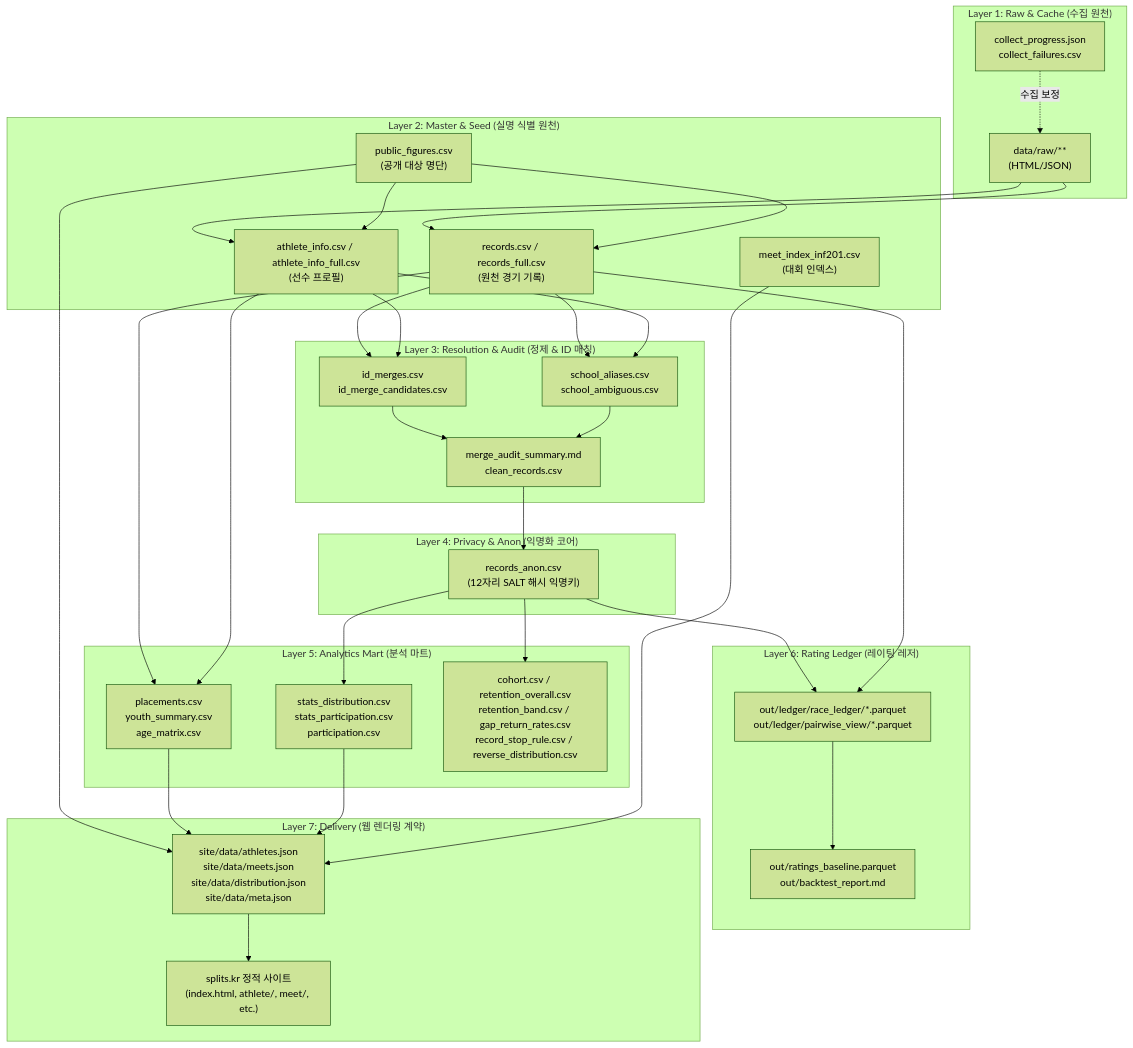
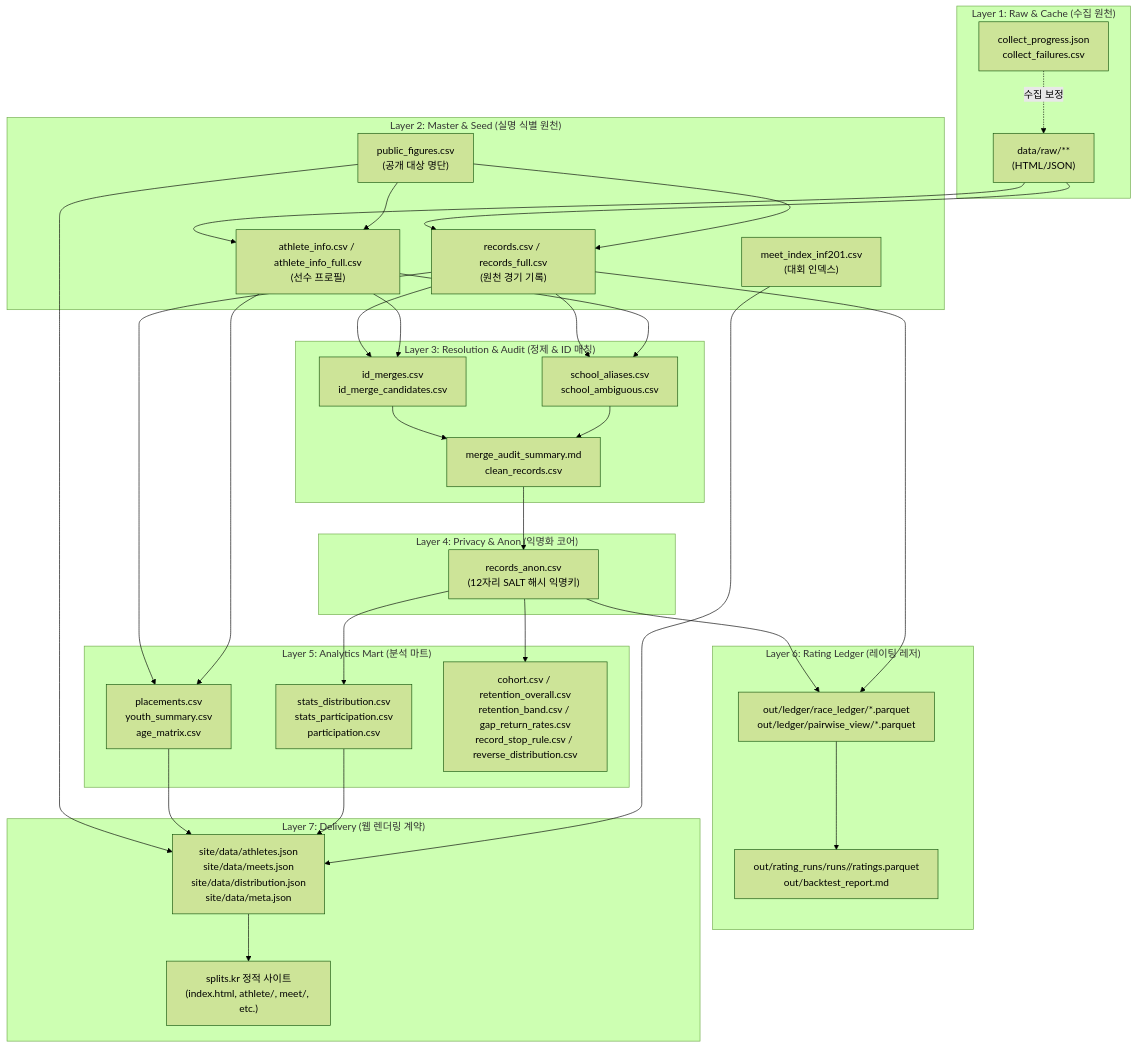
The first of 2 diagrams in docs/data_catalog.md (es-kimo/splits), drawn with Mermaid (forest theme) before and after one commit. The commit also changed other lines of this file and 16 other files, not shown here.

````diff
--- a/docs/data_catalog.md
+++ b/docs/data_catalog.md
@@ -28,51 +28,51 @@
 ```mermaid
 flowchart TD
   subgraph L1["Layer 1: Raw & Cache (수집 원천)"]
     RAW["data/raw/**<br/>(HTML/JSON)"]
     PROG["collect_progress.json<br/>collect_failures.csv"]
   end
 
   subgraph L2["Layer 2: Master & Seed (실명 식별 원천)"]
     PUB["public_figures.csv<br/>(공개 대상 명단)"]
     REC["records.csv / records_full.csv<br/>(원천 경기 기록)"]
     ATH["athlete_info.csv / athlete_info_full.csv<br/>(선수 프로필)"]
     MEET_IDX["meet_index_inf201.csv<br/>(대회 인덱스)"]
   end
 
   subgraph L3["Layer 3: Resolution & Audit (정제 & ID 매칭)"]
     MERGE["id_merges.csv<br/>id_merge_candidates.csv"]
     SCHOOL["school_aliases.csv<br/>school_ambiguous.csv"]
     AUDIT["merge_audit_summary.md<br/>clean_records.csv"]
   end
 
   subgraph L4["Layer 4: Privacy & Anon (익명화 코어)"]
     ANON["records_anon.csv<br/>(12자리 SALT 해시 익명키)"]
   end
 
   subgraph L5["Layer 5: Analytics Mart (분석 마트)"]
     MART_ATH["placements.csv<br/>youth_summary.csv<br/>age_matrix.csv"]
     MART_STAT["stats_distribution.csv<br/>stats_participation.csv<br/>participation.csv"]
     MART_SURV["cohort.csv / retention_overall.csv<br/>retention_band.csv / gap_return_rates.csv<br/>record_stop_rule.csv / reverse_distribution.csv"]
   end
 
   subgraph L6["Layer 6: Rating Ledger (레이팅 레저)"]
     LEDGER["out/ledger/race_ledger/*.parquet<br/>out/ledger/pairwise_view/*.parquet"]
-    RATINGS["out/ratings_baseline.parquet<br/>out/backtest_report.md"]
+    RATINGS["out/rating_runs/runs/<run_id>/ratings.parquet<br/>out/backtest_report.md"]
   end
 
   subgraph L7["Layer 7: Delivery (웹 렌더링 계약)"]
     SITE_JSON["site/data/athletes.json<br/>site/data/meets.json<br/>site/data/distribution.json<br/>site/data/meta.json"]
     STATIC_SITE["splits.kr 정적 사이트<br/>(index.html, athlete/, meet/, etc.)"]
   end
 
   RAW --> REC & ATH
   PROG -. 수집 보정 .-> RAW
   PUB --> REC & ATH
   REC & ATH --> MERGE & SCHOOL --> AUDIT
   AUDIT --> ANON
   REC & ATH --> MART_ATH
   ANON --> MART_STAT & MART_SURV
   ANON & REC --> LEDGER --> RATINGS
   PUB & MART_ATH & MART_STAT & MEET_IDX --> SITE_JSON
   SITE_JSON --> STATIC_SITE
 ```
````
